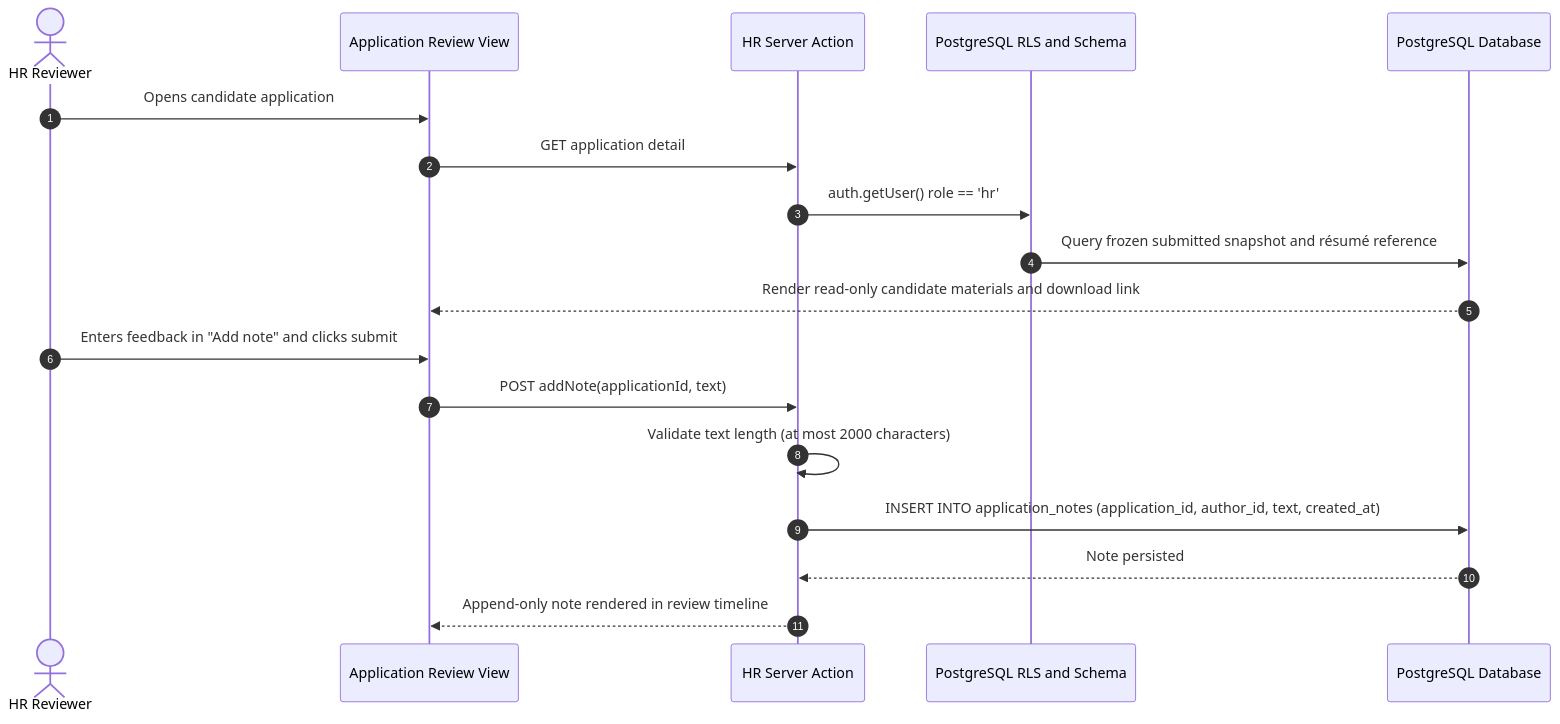
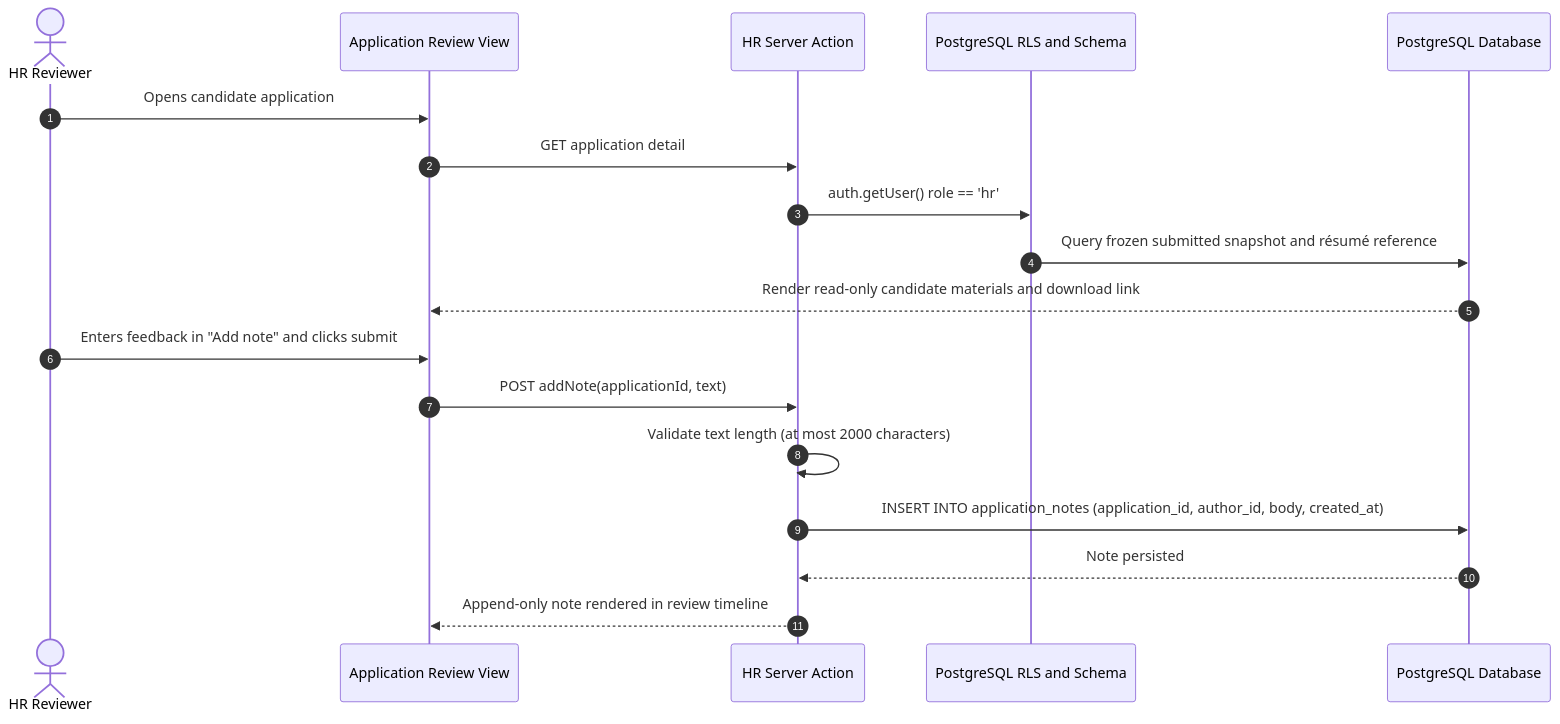
One commit to CS3227-2610-MP3-ConnectTalent/CS3227-2610-MP3 changed the sixth of 9 diagrams in docs/DeveloperGuide.md. Above: the diagram before and after it, drawn with Mermaid. The commit also changed other lines of this file and 2 other files, not shown here.

````diff
--- a/docs/DeveloperGuide.md
+++ b/docs/DeveloperGuide.md
@@ -902,21 +1001,21 @@
 ```mermaid
 sequenceDiagram
     autonumber
     actor HR as HR Reviewer
     participant UI as Application Review View
     participant Action as HR Server Action
     participant RLS as PostgreSQL RLS and Schema
     participant DB as PostgreSQL Database
 
     HR->>UI: Opens candidate application
     UI->>Action: GET application detail
     Action->>RLS: auth.getUser() role == 'hr'
     RLS->>DB: Query frozen submitted snapshot and résumé reference
     DB-->>UI: Render read-only candidate materials and download link
     HR->>UI: Enters feedback in "Add note" and clicks submit
     UI->>Action: POST addNote(applicationId, text)
     Action->>Action: Validate text length (at most 2000 characters)
-    Action->>DB: INSERT INTO application_notes (application_id, author_id, text, created_at)
+    Action->>DB: INSERT INTO application_notes (application_id, author_id, body, created_at)
     DB-->>Action: Note persisted
     Action-->>UI: Append-only note rendered in review timeline
 ```
````
